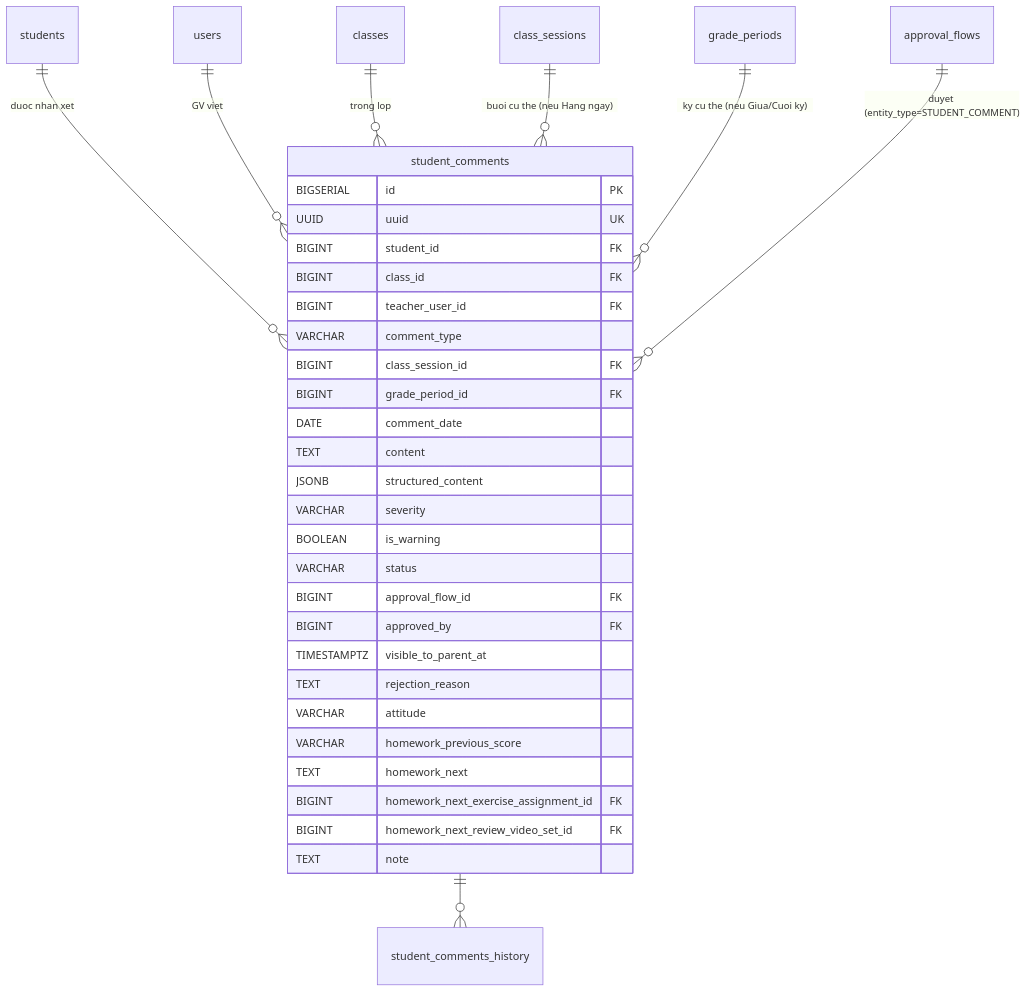
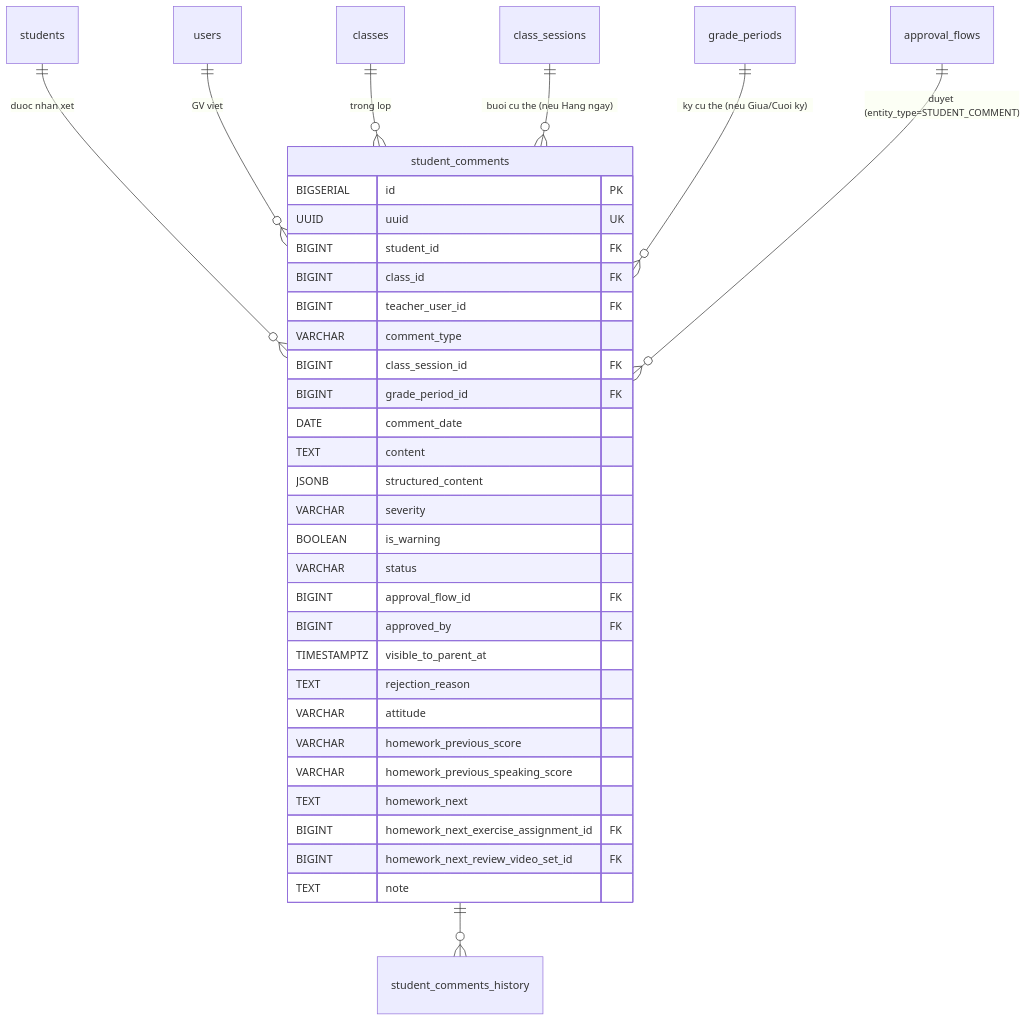
The third of 3 diagrams in docs/sdd-groups/06-hoc-thuat.md (langtuananh2424/pps-education), drawn with Mermaid before and after one commit. The commit also changed other lines of this file and 12 other files, not shown here.

````diff
--- a/docs/sdd-groups/06-hoc-thuat.md
+++ b/docs/sdd-groups/06-hoc-thuat.md
@@ -1380,38 +1380,39 @@
 ```mermaid
 erDiagram
     students ||--o{ student_comments : "duoc nhan xet"
     users ||--o{ student_comments : "GV viet"
     classes ||--o{ student_comments : "trong lop"
     class_sessions ||--o{ student_comments : "buoi cu the (neu Hang ngay)"
     grade_periods ||--o{ student_comments : "ky cu the (neu Giua/Cuoi ky)"
 
     student_comments ||--o{ student_comments_history : ""
     approval_flows ||--o{ student_comments : "duyet (entity_type=STUDENT_COMMENT)"
 
     student_comments {
         BIGSERIAL id PK
         UUID uuid UK
         BIGINT student_id FK
         BIGINT class_id FK
         BIGINT teacher_user_id FK
         VARCHAR comment_type
         BIGINT class_session_id FK
         BIGINT grade_period_id FK
         DATE comment_date
         TEXT content
         JSONB structured_content
         VARCHAR severity
         BOOLEAN is_warning
         VARCHAR status
         BIGINT approval_flow_id FK
         BIGINT approved_by FK
         TIMESTAMPTZ visible_to_parent_at
         TEXT rejection_reason
         VARCHAR attitude
         VARCHAR homework_previous_score
+        VARCHAR homework_previous_speaking_score
         TEXT homework_next
         BIGINT homework_next_exercise_assignment_id FK
         BIGINT homework_next_review_video_set_id FK
         TEXT note
     }
 ```
````
